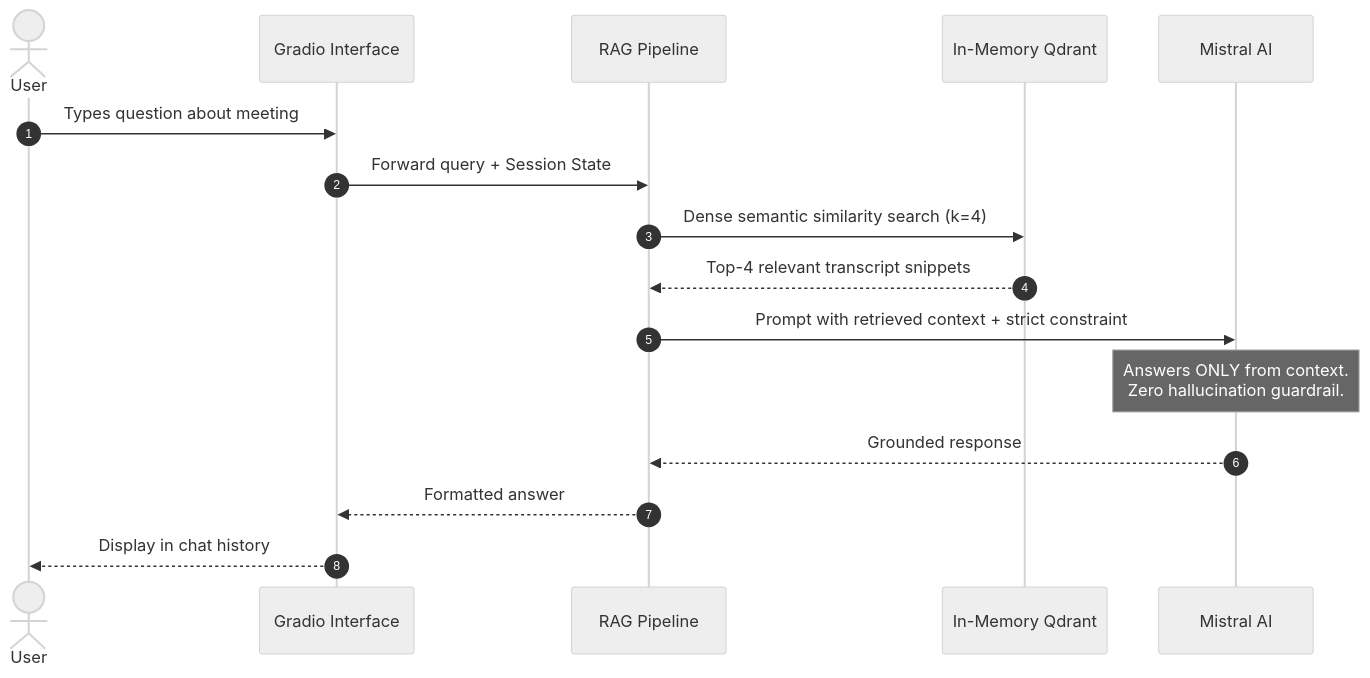
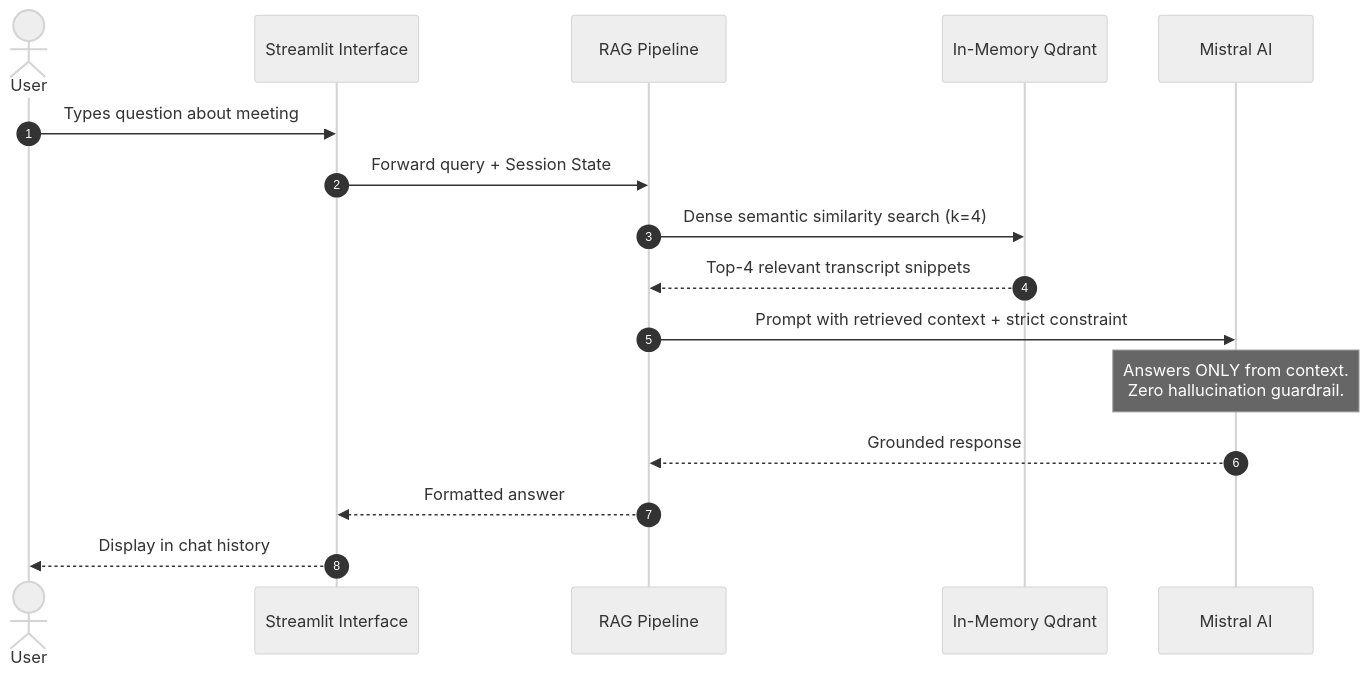
One commit to Sara-shehreen07/Briefly-AI changed the second of 2 diagrams in README.md. Above: the diagram before and after it, drawn with Mermaid (neutral theme). The commit also changed other lines of this file and 5 other files, not shown here.

````diff
--- a/README.md
+++ b/README.md
@@ -130,19 +122,19 @@
 ```mermaid
 sequenceDiagram
     autonumber
     actor User
-    participant UI as Gradio Interface
+    participant UI as Streamlit Interface
     participant RAG as RAG Pipeline
     participant DB as In-Memory Qdrant
     participant LLM as Mistral AI
 
     User->>UI: Types question about meeting
     UI->>RAG: Forward query + Session State
     RAG->>DB: Dense semantic similarity search (k=4)
     DB-->>RAG: Top-4 relevant transcript snippets
     RAG->>LLM: Prompt with retrieved context + strict constraint
     Note over LLM: Answers ONLY from context.<br/>Zero hallucination guardrail.
     LLM-->>RAG: Grounded response
     RAG-->>UI: Formatted answer
     UI-->>User: Display in chat history
 ```
````
